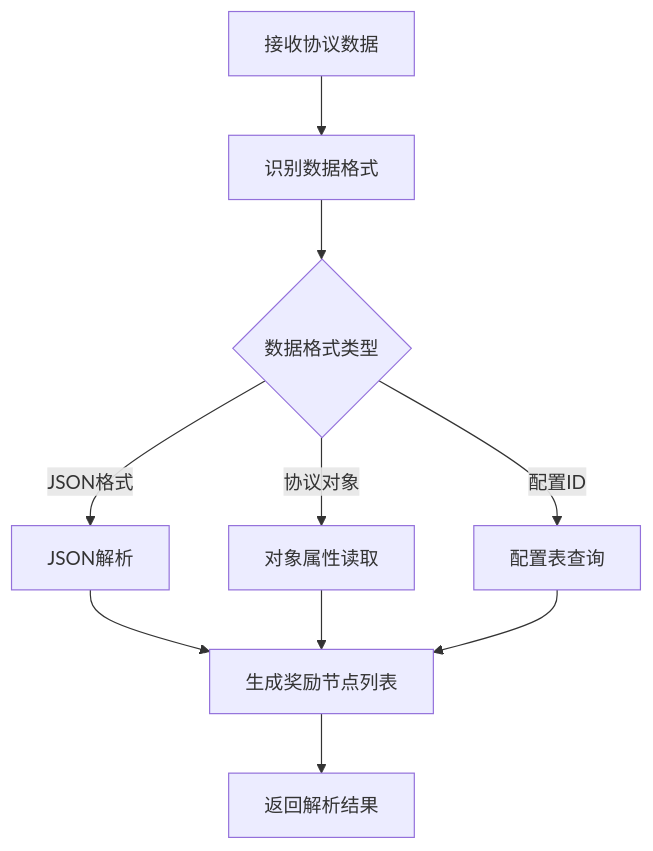
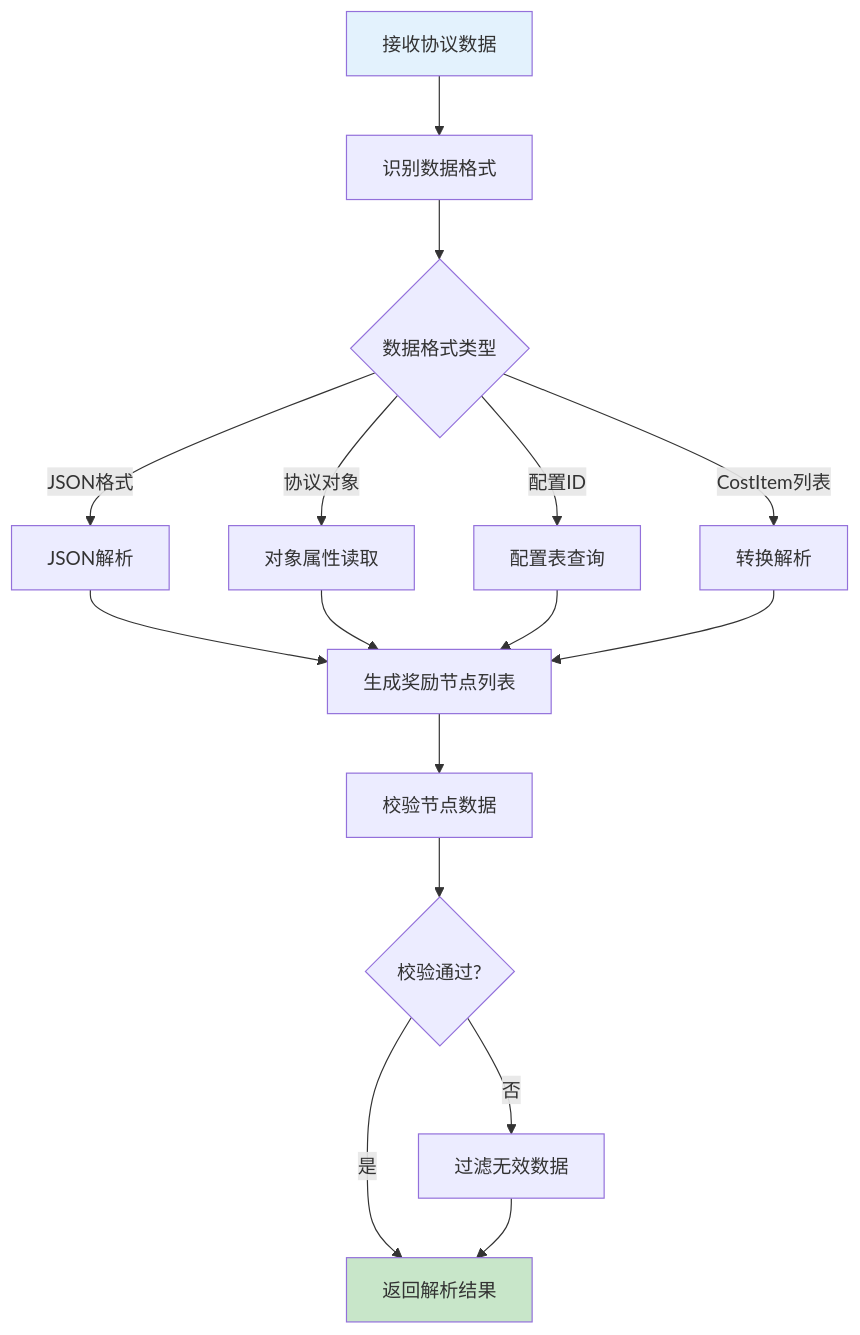
One commit to Alan-Ben/k2c_game_framework changed the second of 8 diagrams in docs/Module_Bonus/05_完整说明.md. Above: the diagram before and after it, drawn with Mermaid. The commit also changed other lines of this file and 5 other files, not shown here.

````diff
--- a/docs/Module_Bonus/05_完整说明.md
+++ b/docs/Module_Bonus/05_完整说明.md
@@ -66,12 +118,23 @@
 ```mermaid
 flowchart TD
     A[接收协议数据] --> B[识别数据格式]
     B --> C{数据格式类型}
     C -->|JSON格式| D[JSON解析]
     C -->|协议对象| E[对象属性读取]
     C -->|配置ID| F[配置表查询]
-    D --> G[生成奖励节点列表]
-    E --> G
-    F --> G
-    G --> H[返回解析结果]
+    C -->|CostItem列表| G[转换解析]
+
+    D --> H[生成奖励节点列表]
+    E --> H
+    F --> H
+    G --> H
+
+    H --> I[校验节点数据]
+    I --> J{校验通过?}
+    J -->|是| K[返回解析结果]
+    J -->|否| L[过滤无效数据]
+    L --> K
+
+    style A fill:#e3f2fd
+    style K fill:#c8e6c9
 ```
````
